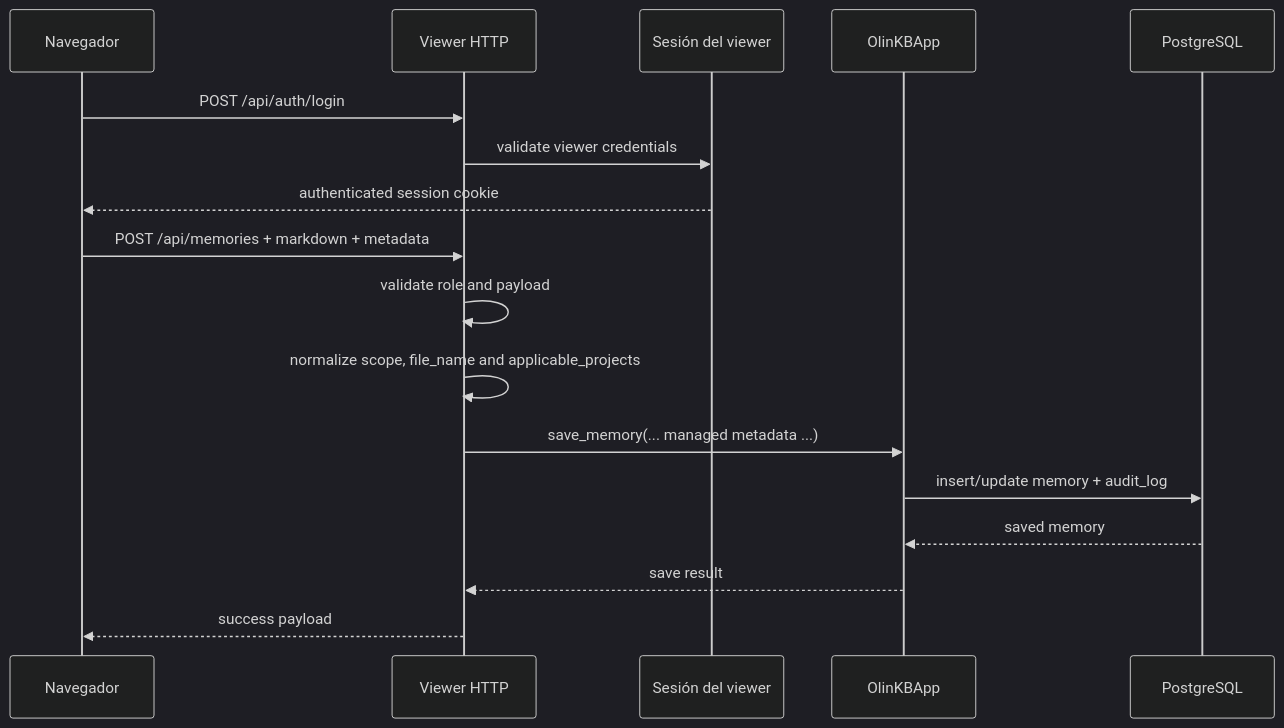
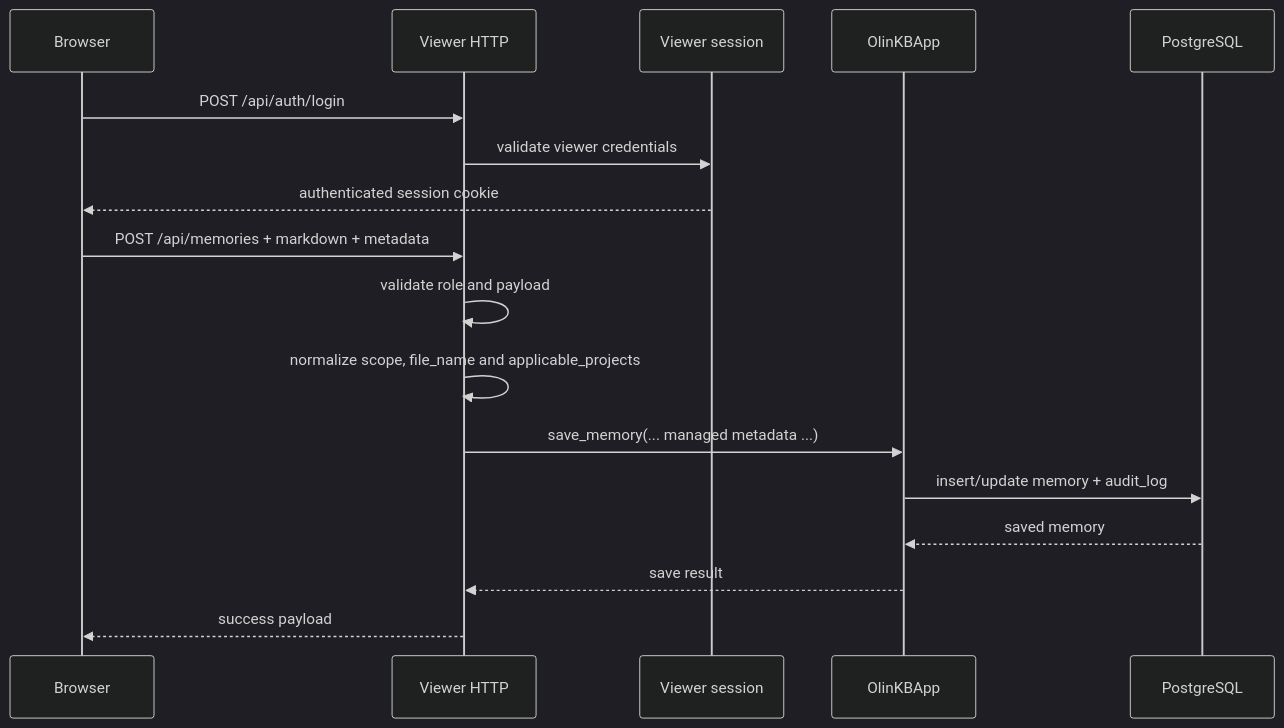
The tenth of 11 diagrams in docs/olinkb-funcionamiento-end-to-end.md (rzjulio/olinkb), drawn with Mermaid (dark theme) before and after one commit. The commit also changed other lines of this file and 22 other files, not shown here.

````diff
--- a/docs/olinkb-funcionamiento-end-to-end.md
+++ b/docs/olinkb-funcionamiento-end-to-end.md
@@ -592,21 +592,21 @@
 ```mermaid
 sequenceDiagram
-    participant Browser as Navegador
+    participant Browser as Browser
     participant Viewer as Viewer HTTP
-    participant Auth as Sesión del viewer
+    participant Auth as Viewer session
     participant App as OlinKBApp
     participant PG as PostgreSQL
 
     Browser->>Viewer: POST /api/auth/login
     Viewer->>Auth: validate viewer credentials
     Auth-->>Browser: authenticated session cookie
 
     Browser->>Viewer: POST /api/memories + markdown + metadata
     Viewer->>Viewer: validate role and payload
     Viewer->>Viewer: normalize scope, file_name and applicable_projects
     Viewer->>App: save_memory(... managed metadata ...)
     App->>PG: insert/update memory + audit_log
     PG-->>App: saved memory
     App-->>Viewer: save result
     Viewer-->>Browser: success payload
 ```
````
